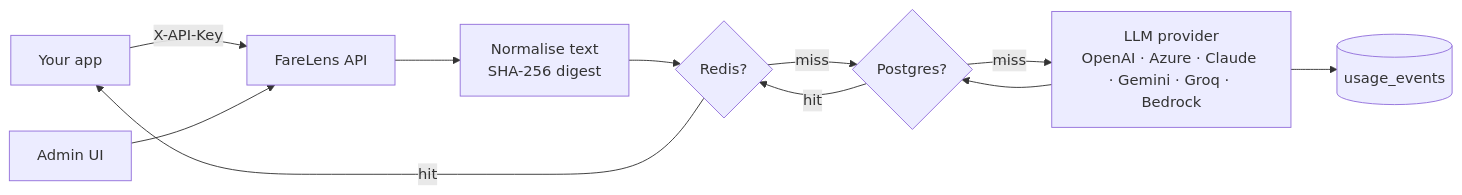
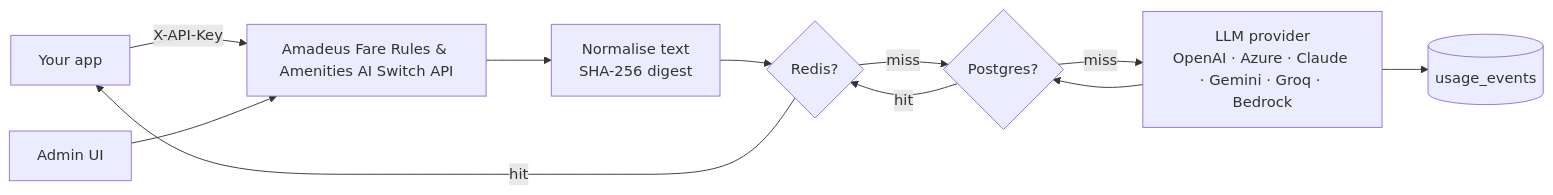
Before and after one commit to Lubna7867/amadeus-fare-rules-amenities-ai-switch: the diagram in README.md, drawn with Mermaid. The commit also changed other lines of this file and 25 other files, not shown here.

First line of the commit message:
Rename product to Amadeus Fare Rules & Amenities AI Switch

````diff
--- a/README.md
+++ b/README.md
@@ -255,13 +255,13 @@
 ```mermaid
 flowchart LR
-    C[Your app] -- X-API-Key --> A[FareLens API]
+    C[Your app] -- X-API-Key --> A[Amadeus Fare Rules & Amenities AI Switch API]
     A --> N[Normalise text\nSHA-256 digest]
     N --> R{Redis?}
     R -- hit --> C
     R -- miss --> P{Postgres?}
     P -- hit --> R
     P -- miss --> L[LLM provider\nOpenAI · Azure · Claude · Gemini · Groq · Bedrock]
     L --> P
     L --> U[(usage_events)]
     Admin[Admin UI] --> A
 ```
````
